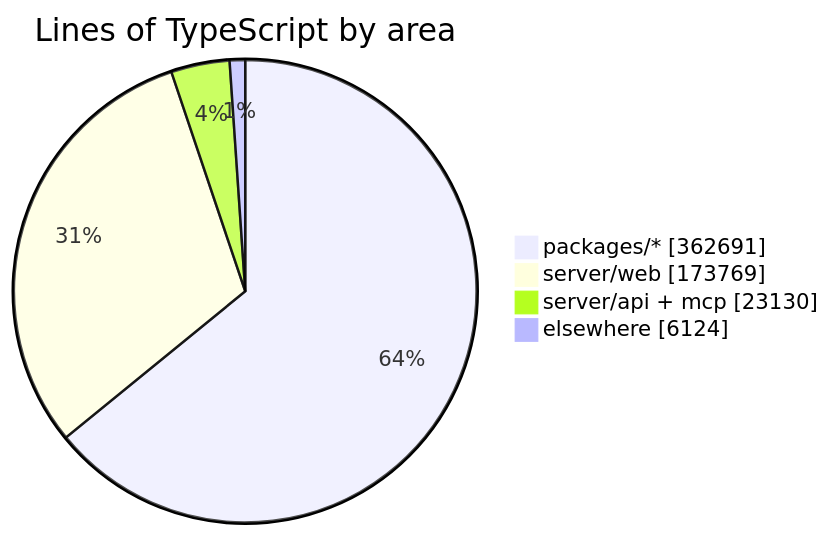
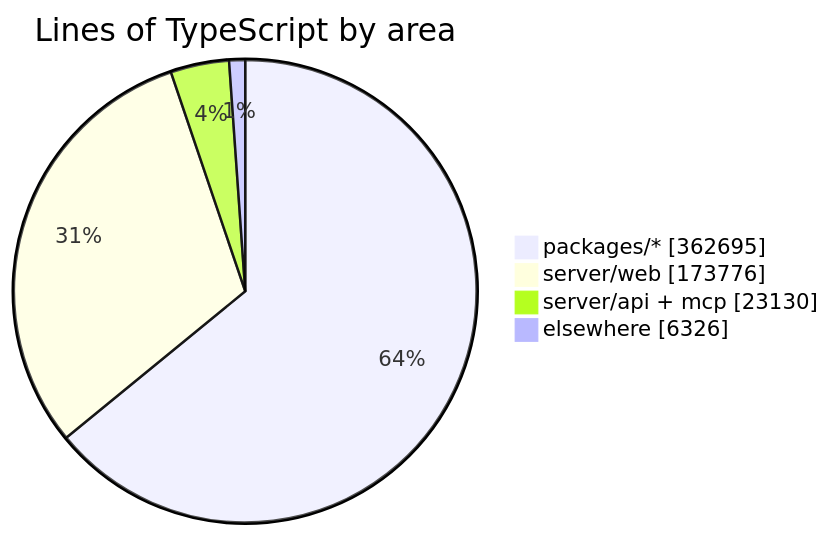
Before and after one commit to crossworks-engineering/mantle: the diagram in README.md, drawn with Mermaid. The commit also changed other lines of this file and 2 other files, not shown here.

````diff
--- a/README.md
+++ b/README.md
@@ -294,7 +294,7 @@
 ```mermaid
 pie showData title Lines of TypeScript by area
-    "packages/*" : 362691
-    "server/web" : 173769
+    "packages/*" : 362695
+    "server/web" : 173776
     "server/api + mcp" : 23130
-    "elsewhere" : 6124
+    "elsewhere" : 6326
 ```
````
